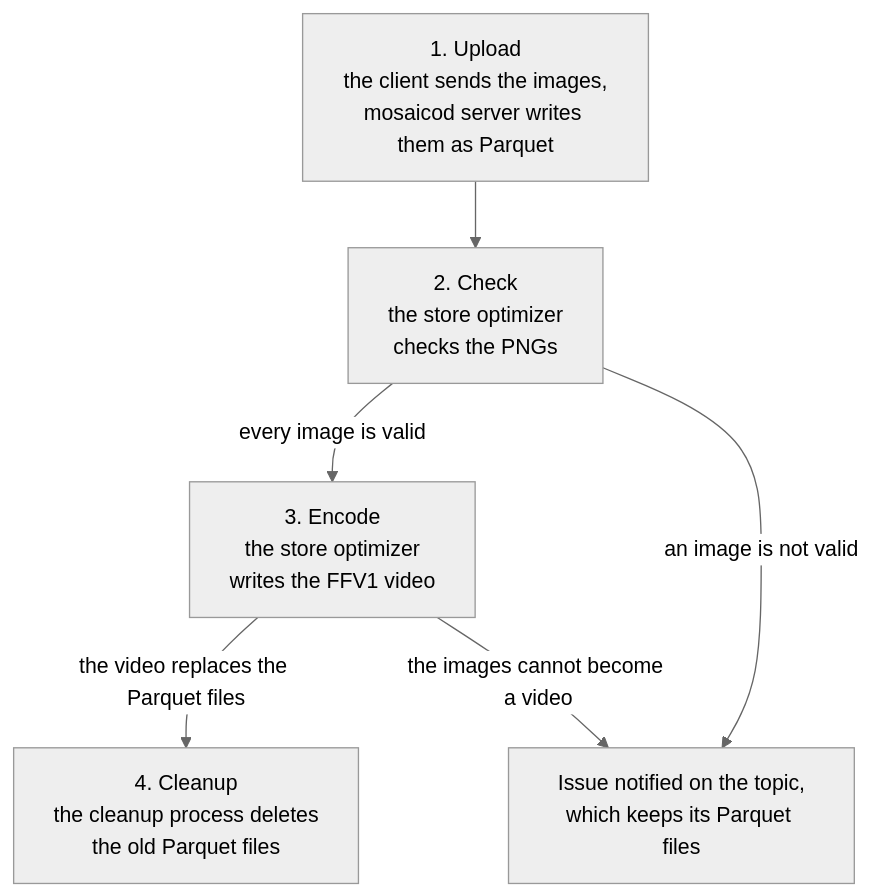
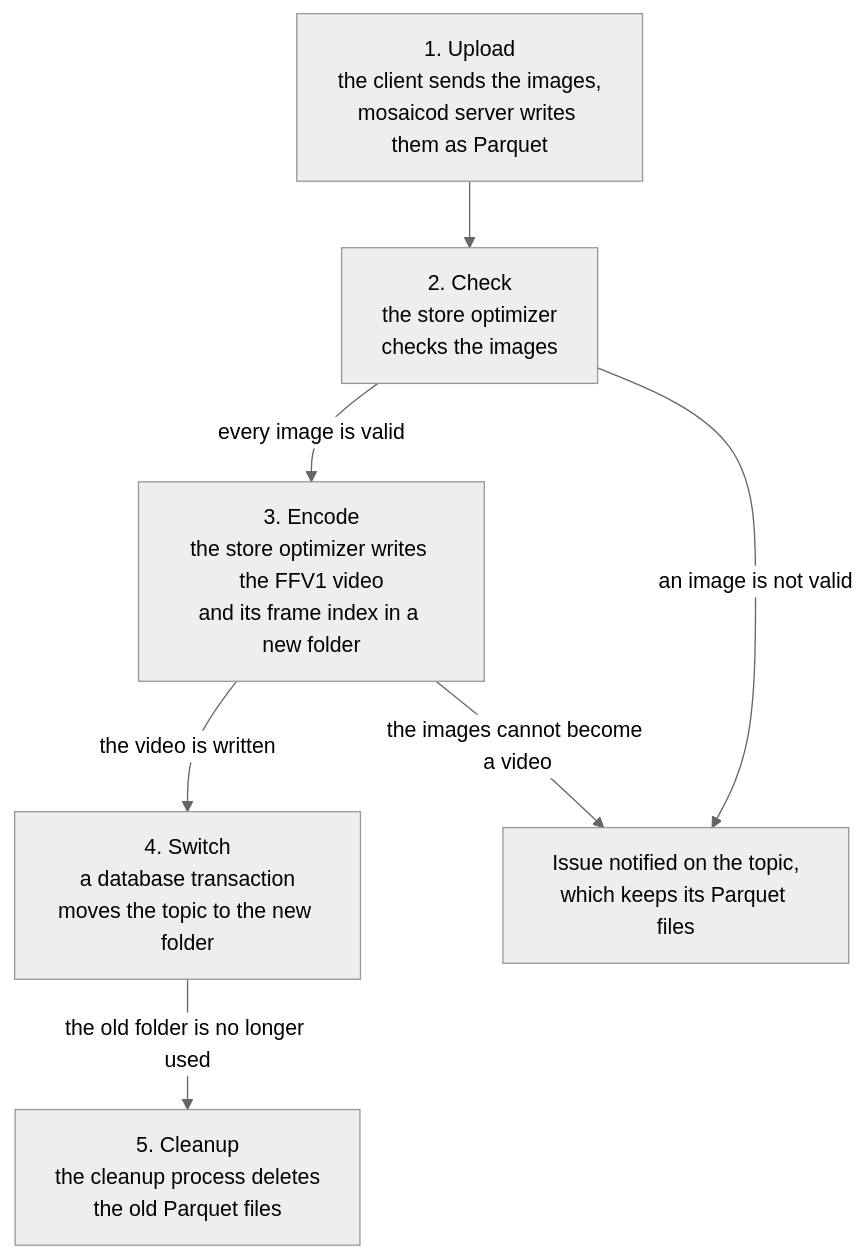
One commit to mosaico-labs/mosaico-rfcs changed the second of 3 diagrams in text/0000-image-sequence.md. Above: the diagram before and after it, drawn with Mermaid (neutral theme). The commit also changed other lines of this file, not shown here.

````diff
--- a/text/0000-image-sequence.md
+++ b/text/0000-image-sequence.md
@@ -118,13 +130,15 @@
 ```mermaid
 flowchart TD
     U["1. Upload<br/>the client sends the images,<br/>mosaicod server writes them as Parquet"]
-    C["2. Check<br/>the store optimizer<br/>checks the PNGs"]
-    E["3. Encode<br/>the store optimizer<br/>writes the FFV1 video"]
-    D["4. Cleanup<br/>the cleanup process deletes<br/>the old Parquet files"]
+    C["2. Check<br/>the store optimizer<br/>checks the images"]
+    E["3. Encode<br/>the store optimizer writes the FFV1 video<br/>and its frame index in a new folder"]
+    S["4. Switch<br/>a database transaction<br/>moves the topic to the new folder"]
+    D["5. Cleanup<br/>the cleanup process deletes<br/>the old Parquet files"]
     I["Issue notified on the topic,<br/>which keeps its Parquet files"]
     U --> C
     C -->|"every image is valid"| E
     C -->|"an image is not valid"| I
-    E -->|"the video replaces the Parquet files"| D
+    E -->|"the video is written"| S
     E -->|"the images cannot become a video"| I
+    S -->|"the old folder is no longer used"| D
 ```
````
